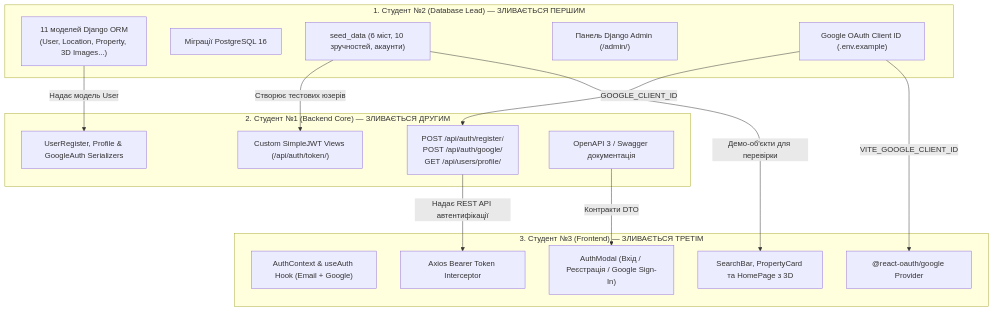
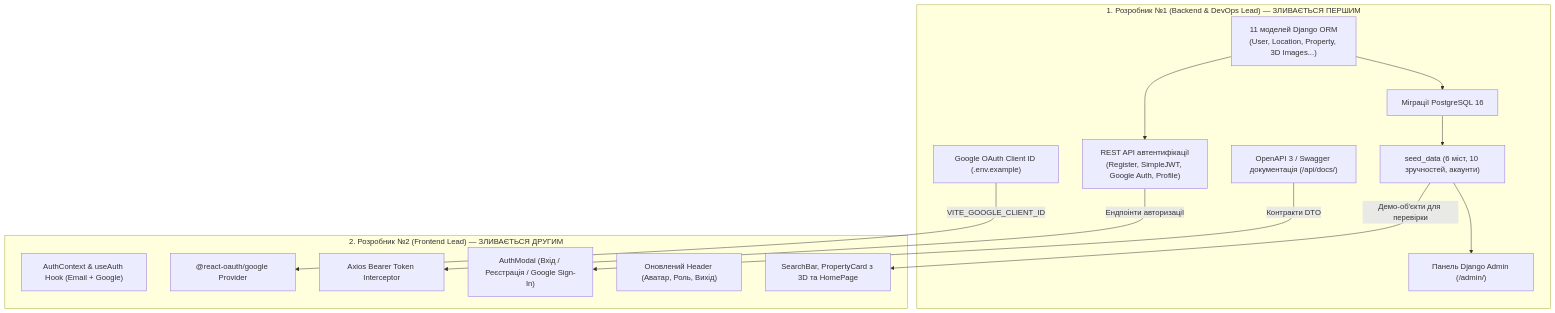
One commit to Skhmelyuk/booking-clone changed the diagram in docs/phase-1/README.md. Above: the diagram before and after it, drawn with Mermaid. The commit also changed other lines of this file and 21 other files, not shown here.

````diff
--- a/docs/phase-1/README.md
+++ b/docs/phase-1/README.md
@@ -20,33 +19,30 @@
 ```mermaid
 graph TD
-    subgraph S2 ["1. Студент №2 (Database Lead) — ЗЛИВАЄТЬСЯ ПЕРШИМ"]
+    subgraph D1 ["1. Розробник №1 (Backend & DevOps Lead) — ЗЛИВАЄТЬСЯ ПЕРШИМ"]
         Models["11 моделей Django ORM<br/>(User, Location, Property, 3D Images...)"]
         Migrate["Міграції PostgreSQL 16"]
         Seed["seed_data (6 міст, 10 зручностей, акаунти)"]
         Admin["Панель Django Admin (/admin/)"]
+        Auth_Endpoints["REST API автентифікації<br/>(Register, SimpleJWT, Google Auth, Profile)"]
+        Swagger["OpenAPI 3 / Swagger документація (/api/docs/)"]
         EnvGoogle["Google OAuth Client ID (.env.example)"]
     end
 
-    subgraph S1 ["2. Студент №1 (Backend Core) — ЗЛИВАЄТЬСЯ ДРУГИМ"]
-        Serializers["UserRegister, Profile & GoogleAuth Serializers"]
-        JWT_API["Custom SimpleJWT Views (/api/auth/token/)"]
-        Auth_Endpoints["POST /api/auth/register/<br/>POST /api/auth/google/<br/>GET /api/users/profile/"]
-        Swagger["OpenAPI 3 / Swagger документація"]
-    end
-
-    subgraph S3 ["3. Студент №3 (Frontend) — ЗЛИВАЄТЬСЯ ТРЕТІМ"]
+    subgraph D2 ["2. Розробник №2 (Frontend Lead) — ЗЛИВАЄТЬСЯ ДРУГИМ"]
         Auth_Context["AuthContext & useAuth Hook (Email + Google)"]
         Google_OAuth["@react-oauth/google Provider"]
         Axios_Interceptors["Axios Bearer Token Interceptor"]
         Auth_UI["AuthModal (Вхід / Реєстрація / Google Sign-In)"]
-        Wireframe_UI["SearchBar, PropertyCard та HomePage з 3D"]
+        Header_UI["Оновлений Header (Аватар, Роль, Вихід)"]
+        Wireframe_UI["SearchBar, PropertyCard з 3D та HomePage"]
     end
 
-    Models -->|Надає модель User| Serializers
-    EnvGoogle -->|GOOGLE_CLIENT_ID| Auth_Endpoints
+    Models --> Migrate
+    Migrate --> Seed
+    Seed --> Admin
+    Models --> Auth_Endpoints
     EnvGoogle -->|VITE_GOOGLE_CLIENT_ID| Google_OAuth
-    Seed -->|Створює тестових юзерів| JWT_API
-    Auth_Endpoints -->|Надає REST API автентифікації| Axios_Interceptors
+    Auth_Endpoints -->|Ендпоінти авторизації| Axios_Interceptors
     Swagger -->|Контракти DTO| Auth_UI
     Seed -->|Демо-об'єкти для перевірки| Wireframe_UI
 ```
````
